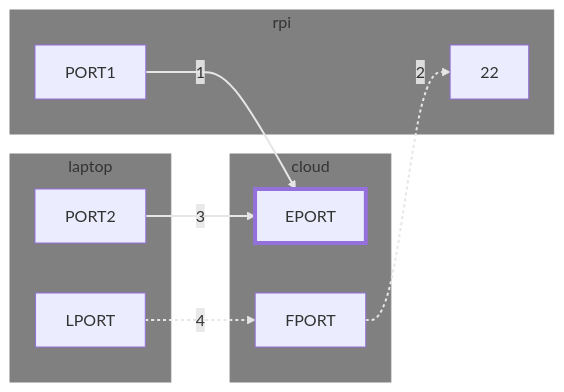
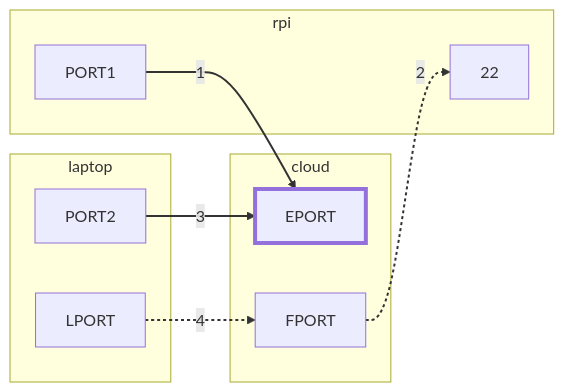
The diagram in blog/SSHing-over-a-tunnel-to-a-reverse-tunnel.md (zbo14/zachh.me), drawn with Mermaid before and after one commit. The commit also changed 10 other files, not shown here.

````diff
--- a/blog/SSHing-over-a-tunnel-to-a-reverse-tunnel.md
+++ b/blog/SSHing-over-a-tunnel-to-a-reverse-tunnel.md
@@ -24,22 +24,19 @@
 ```mermaid
   graph LR
     subgraph cloud
     FPORT
     EPORT
     end
     subgraph rpi
     PORT1-->|1|EPORT
     FPORT-. 2 .-> 22
     end
     subgraph laptop
     PORT2-->|3|EPORT
     LPORT-. 4 .-> FPORT
-    style cloud fill:gray,stroke:gray
-    style rpi fill:gray,stroke:gray
-    style laptop fill:gray,stroke:gray
     style EPORT stroke-width:4px
-    linkStyle default stroke-width:2px,fill:none,stroke:#e6e6e6
-    linkStyle 1 stroke-width:2px,fill:none,stroke:#e6e6e6,stroke-dasharray:3
-    linkStyle 3 stroke-width:2px,fill:none,stroke:#e6e6e6,stroke-dasharray:3
+    linkStyle default stroke-width:2px,fill:none
+    linkStyle 1 stroke-width:2px,fill:none,stroke-dasharray:3
+    linkStyle 3 stroke-width:2px,fill:none,stroke-dasharray:3
     end
 ```
````
